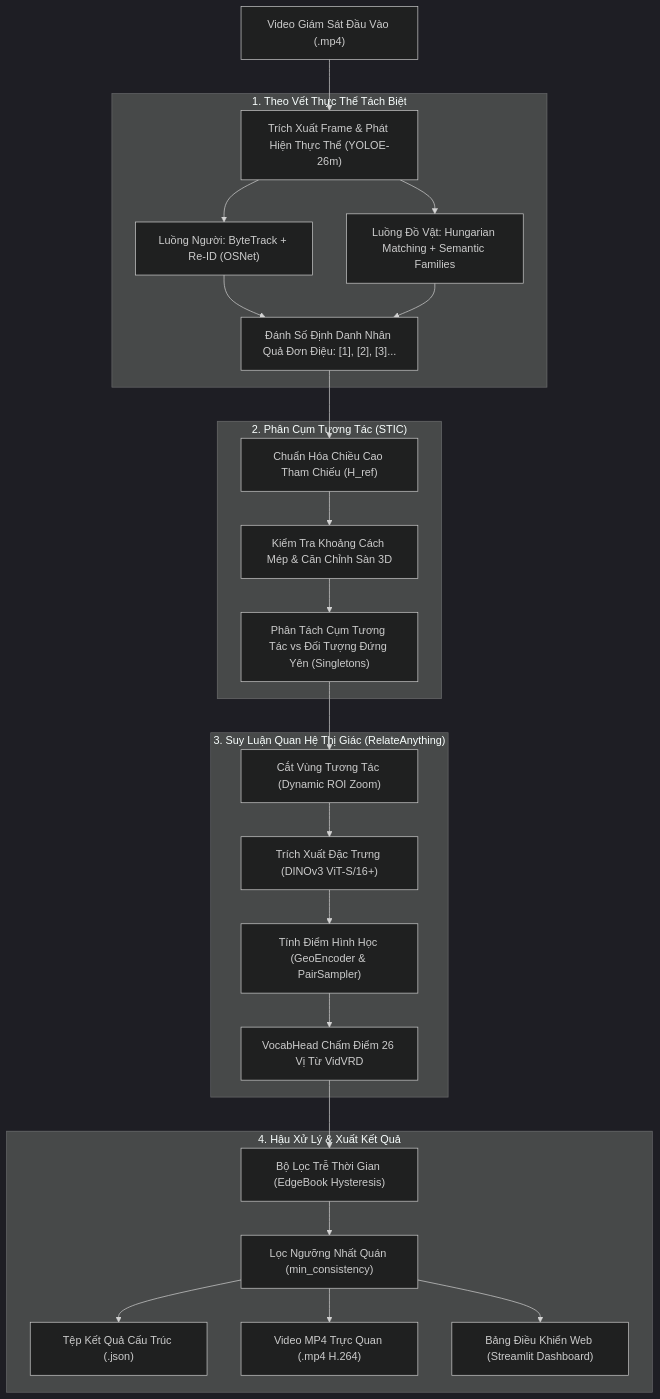
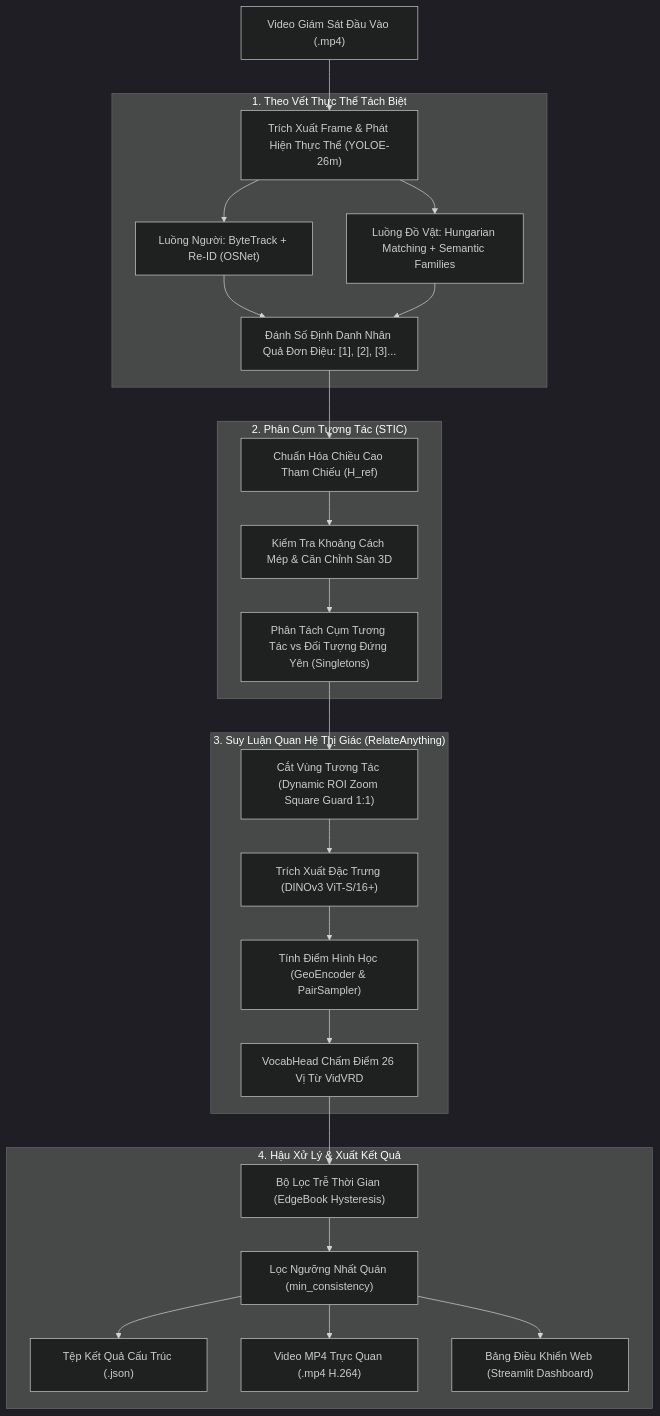
Before and after one commit to higo-ai/RelateAnything: the diagram in README.md, drawn with Mermaid (dark theme). The commit also changed other lines of this file and 2 other files, not shown here.

````diff
--- a/README.md
+++ b/README.md
@@ -55,32 +71,32 @@
 ```mermaid
 flowchart TD
     A["Video Giám Sát Đầu Vào (.mp4)"] --> B["Trích Xuất Frame & Phát Hiện Thực Thể (YOLOE-26m)"]
     
     subgraph S1["1. Theo Vết Thực Thể Tách Biệt"]
         B --> C1["Luồng Người: ByteTrack + Re-ID (OSNet)"]
         B --> C2["Luồng Đồ Vật: Hungarian Matching + Semantic Families"]
         C1 --> D["Đánh Số Định Danh Nhân Quả Đơn Điệu: [1], [2], [3]..."]
         C2 --> D
     end
 
     subgraph S2["2. Phân Cụm Tương Tác (STIC)"]
         D --> E1["Chuẩn Hóa Chiều Cao Tham Chiếu (H_ref)"]
         E1 --> E2["Kiểm Tra Khoảng Cách Mép & Căn Chỉnh Sàn 3D"]
         E2 --> E3["Phân Tách Cụm Tương Tác vs Đối Tượng Đứng Yên (Singletons)"]
     end
 
     subgraph S3["3. Suy Luận Quan Hệ Thị Giác (RelateAnything)"]
-        E3 --> F1["Cắt Vùng Tương Tác (Dynamic ROI Zoom)"]
+        E3 --> F1["Cắt Vùng Tương Tác (Dynamic ROI Zoom Square Guard 1:1)"]
         F1 --> F2["Trích Xuất Đặc Trưng (DINOv3 ViT-S/16+)"]
         F2 --> F3["Tính Điểm Hình Học (GeoEncoder & PairSampler)"]
         F3 --> F4["VocabHead Chấm Điểm 26 Vị Từ VidVRD"]
     end
 
     subgraph S4["4. Hậu Xử Lý & Xuất Kết Quả"]
         F4 --> G1["Bộ Lọc Trễ Thời Gian (EdgeBook Hysteresis)"]
         G1 --> G2["Lọc Ngưỡng Nhất Quán (min_consistency)"]
         G2 --> H1["Tệp Kết Quả Cấu Trúc (.json)"]
         G2 --> H2["Video MP4 Trực Quan (.mp4 H.264)"]
         G2 --> H3["Bảng Điều Khiển Web (Streamlit Dashboard)"]
     end
 ```
````
